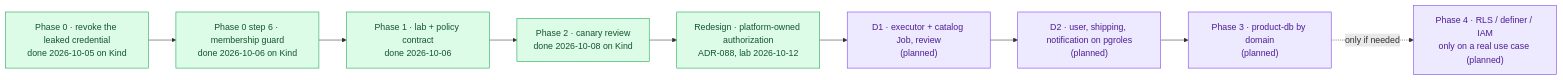
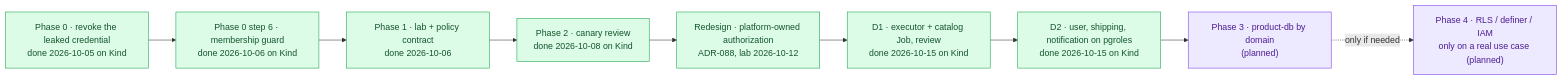
One commit to duynhlab/homelab changed the second of 2 diagrams in docs/proposals/rfc/RFC-0029/README.md. Above: the diagram before and after it, drawn with Mermaid. The commit also changed other lines of this file and 63 other files, not shown here.

First line of the commit message:
Move user, shipping and notification to three roles (#1268)

````diff
--- a/docs/proposals/rfc/RFC-0029/README.md
+++ b/docs/proposals/rfc/RFC-0029/README.md
@@ -199,17 +199,17 @@
 ```mermaid
 flowchart LR
     p0["Phase 0 · revoke the leaked credential<br/>done 2026-10-05 on Kind"]:::data
     p0g["Phase 0 step 6 · membership guard<br/>done 2026-10-06 on Kind"]:::data
     p1["Phase 1 · lab + policy contract<br/>done 2026-10-06"]:::data
     p2["Phase 2 · canary review<br/>done 2026-10-08 on Kind"]:::data
     pr["Redesign · platform-owned authorization<br/>ADR-088, lab 2026-10-12"]:::data
-    d1["D1 · executor + catalog Job, review<br/>(planned)"]:::platform
-    d2["D2 · user, shipping, notification on pgroles<br/>(planned)"]:::platform
+    d1["D1 · executor + catalog Job, review<br/>done 2026-10-15 on Kind"]:::data
+    d2["D2 · user, shipping, notification on pgroles<br/>done 2026-10-15 on Kind"]:::data
     p3["Phase 3 · product-db by domain<br/>(planned)"]:::platform
     p4["Phase 4 · RLS / definer / IAM<br/>only on a real use case (planned)"]:::platform
 
     p0 --> p0g --> p1 --> p2 --> pr --> d1 --> d2 --> p3 -. "only if needed" .-> p4
 
     classDef platform fill:#ede9fe,color:#4c1d95,stroke:#7c3aed;
     classDef data fill:#dcfce7,color:#14532d,stroke:#16a34a;
 ```
````
